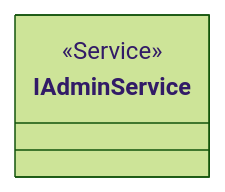
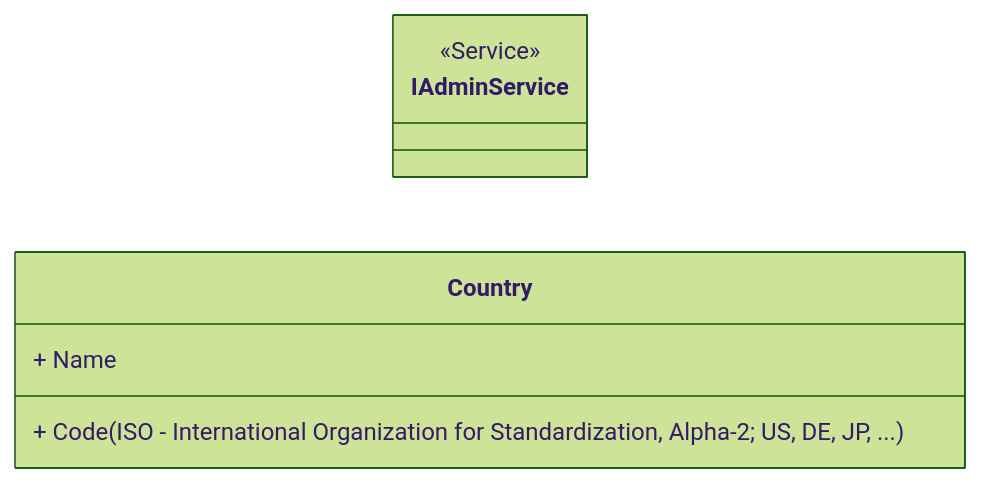
Before and after one commit to JoachimTislov/foodsavr: the second of 10 diagrams in docs/relations.md, drawn with Mermaid (forest theme). The commit also changed other lines of this file and 4 other files, not shown here.

````diff
--- a/docs/relations.md
+++ b/docs/relations.md
@@ -19,9 +40,13 @@
 ```mermaid
 classDiagram
     direction LR
 
     class IAdminService {
         <<Service>>
     }
-    
+
+    class Country {
+        + Code (ISO - International Organization for Standardization, Alpha-2; US, DE, JP, ...)
+        + Name
+    }
 ```
````
